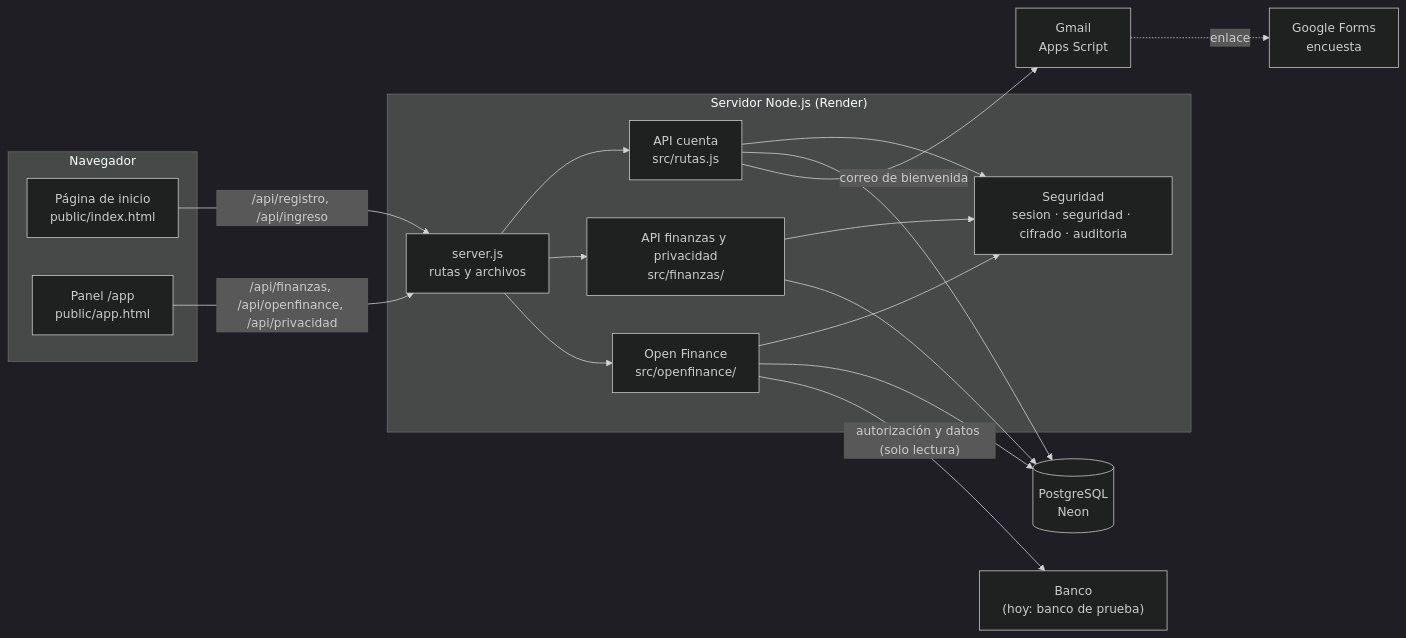
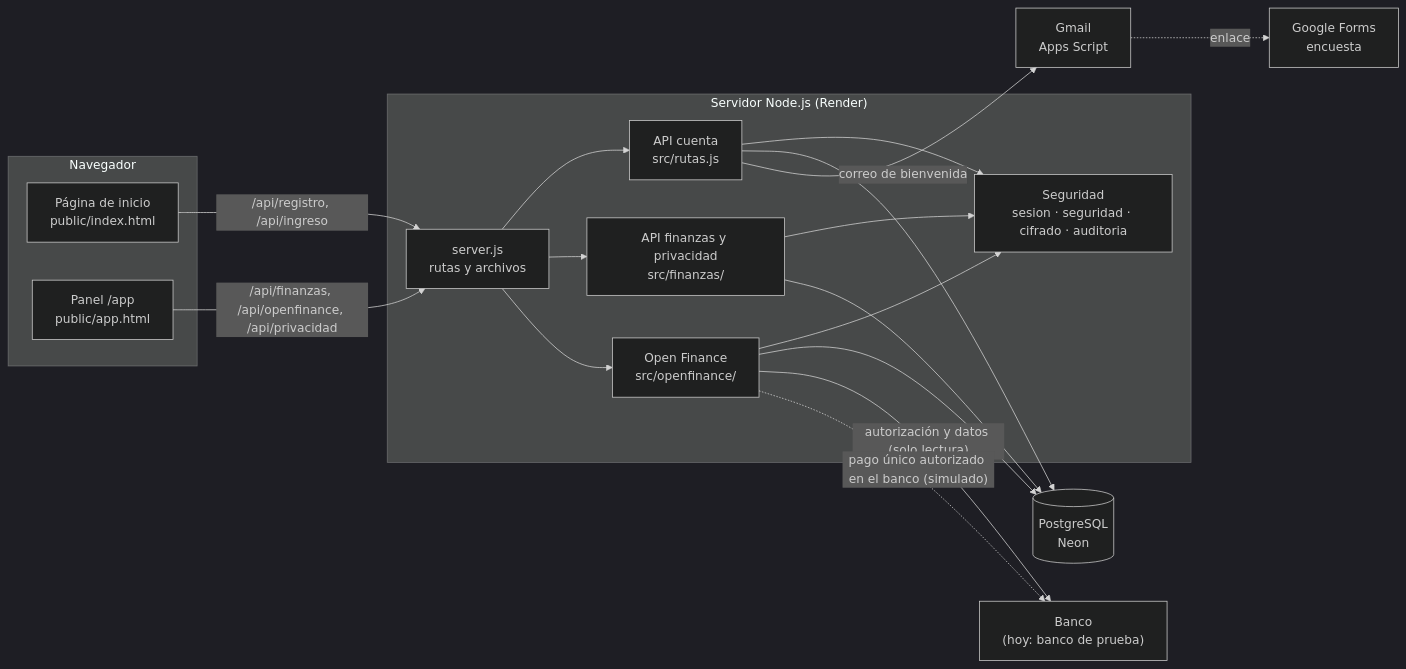
One commit to juanesaacosta26/Autowealth-app changed the diagram in docs/arquitectura.md. Above: the diagram before and after it, drawn with Mermaid (dark theme). The commit also changed other lines of this file and 23 other files, not shown here.

````diff
--- a/docs/arquitectura.md
+++ b/docs/arquitectura.md
@@ -5,27 +5,28 @@
 ```mermaid
 flowchart LR
     subgraph Navegador
         I["Página de inicio<br/>public/index.html"]
         P["Panel /app<br/>public/app.html"]
     end
     subgraph Servidor["Servidor Node.js (Render)"]
         S["server.js<br/>rutas y archivos"]
         A["API cuenta<br/>src/rutas.js"]
         F["API finanzas y privacidad<br/>src/finanzas/"]
         O["Open Finance<br/>src/openfinance/"]
         SEG["Seguridad<br/>sesion · seguridad · cifrado · auditoria"]
     end
     DB[("PostgreSQL<br/>Neon")]
     G["Gmail<br/>Apps Script"]
     B["Banco<br/>(hoy: banco de prueba)"]
     FORM["Google Forms<br/>encuesta"]
 
     I -- "/api/registro, /api/ingreso" --> S
     P -- "/api/finanzas, /api/openfinance, /api/privacidad" --> S
     S --> A & F & O
     A & F & O --> SEG
     A & F & O --> DB
     A -- correo de bienvenida --> G
     G -. enlace .-> FORM
     O -- "autorización y datos (solo lectura)" --> B
+    O -. "pago único autorizado en el banco (simulado)" .-> B
 ```
````
